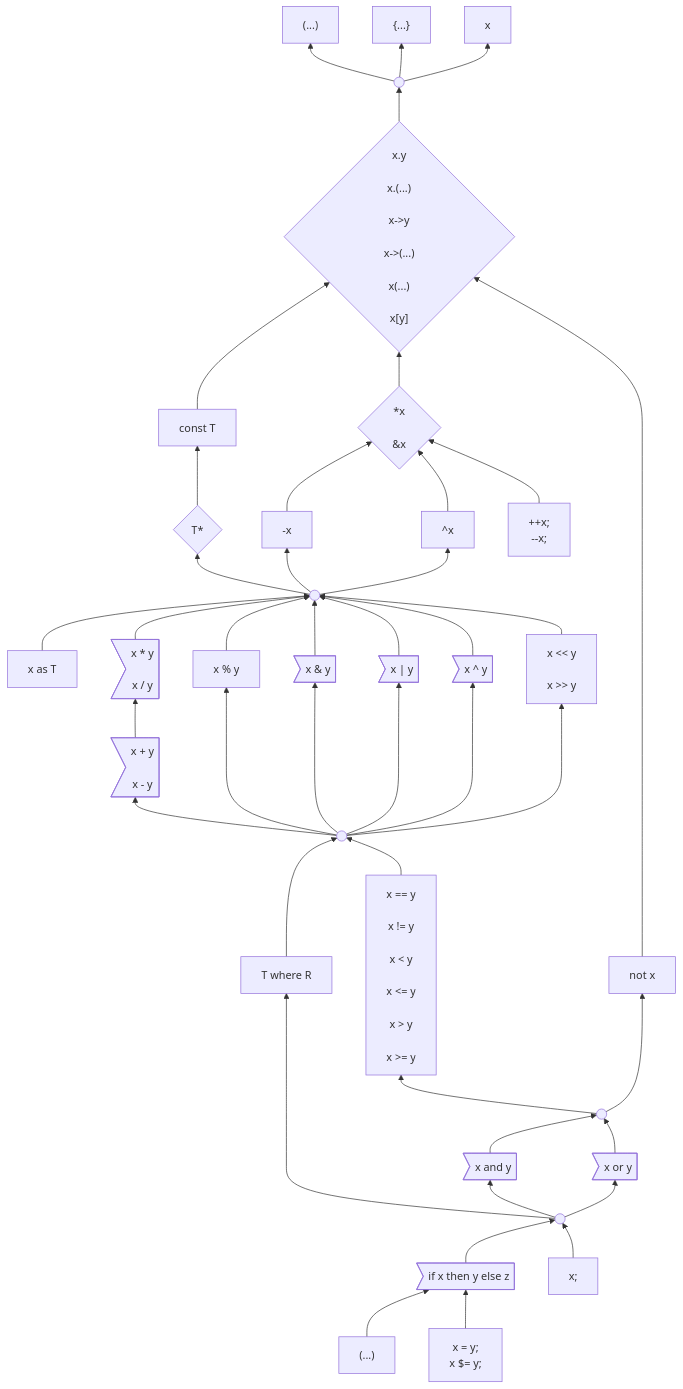
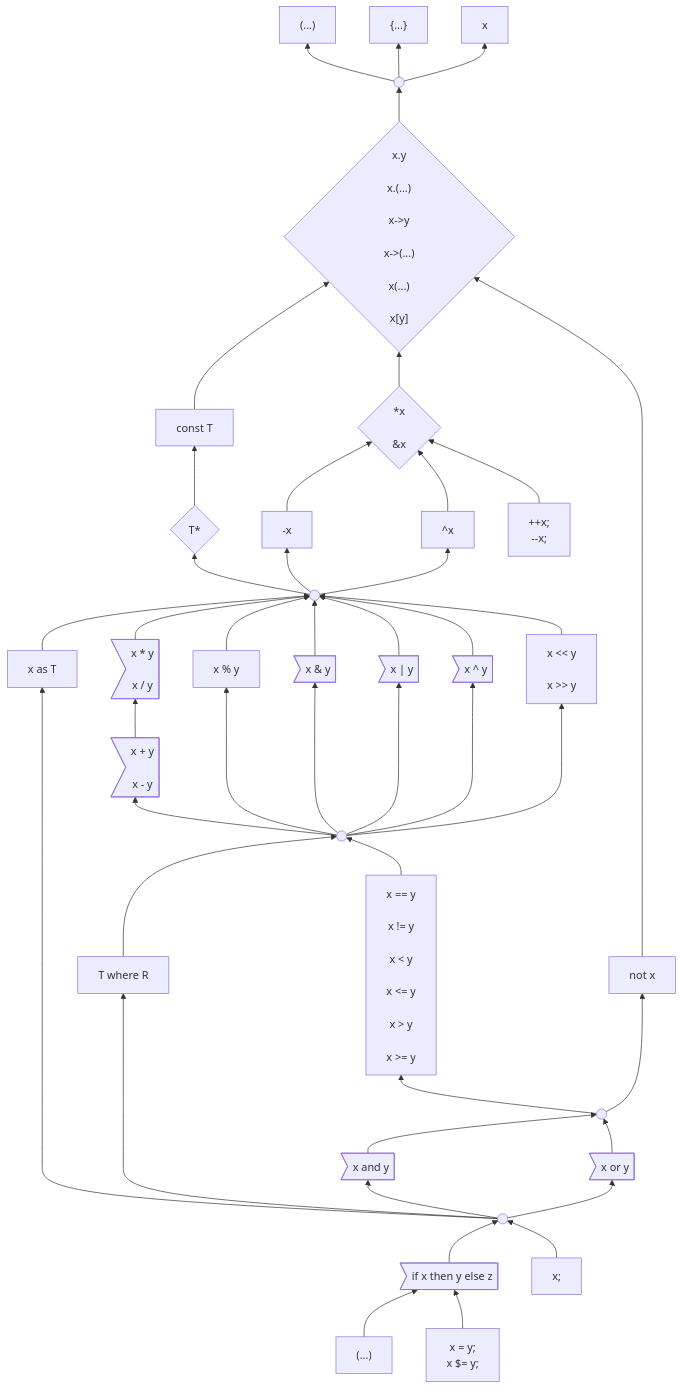
Before and after one commit to carbon-language/carbon-lang: the first of 3 diagrams in docs/design/expressions/README.md, drawn with Mermaid.

Commit message:
Checkpoint progress.

```diff
--- a/docs/design/expressions/README.md
+++ b/docs/design/expressions/README.md
@@ -176,7 +176,7 @@
     %% comparison ----> as
     logicalOperand --> comparison & not
     and & or --> logicalOperand
-    %% logicalExpression ---------> as
+    logicalExpression -------> as
     logicalExpression ----> where
     logicalExpression --> and & or
     if & expressionStatement --> logicalExpression
```
